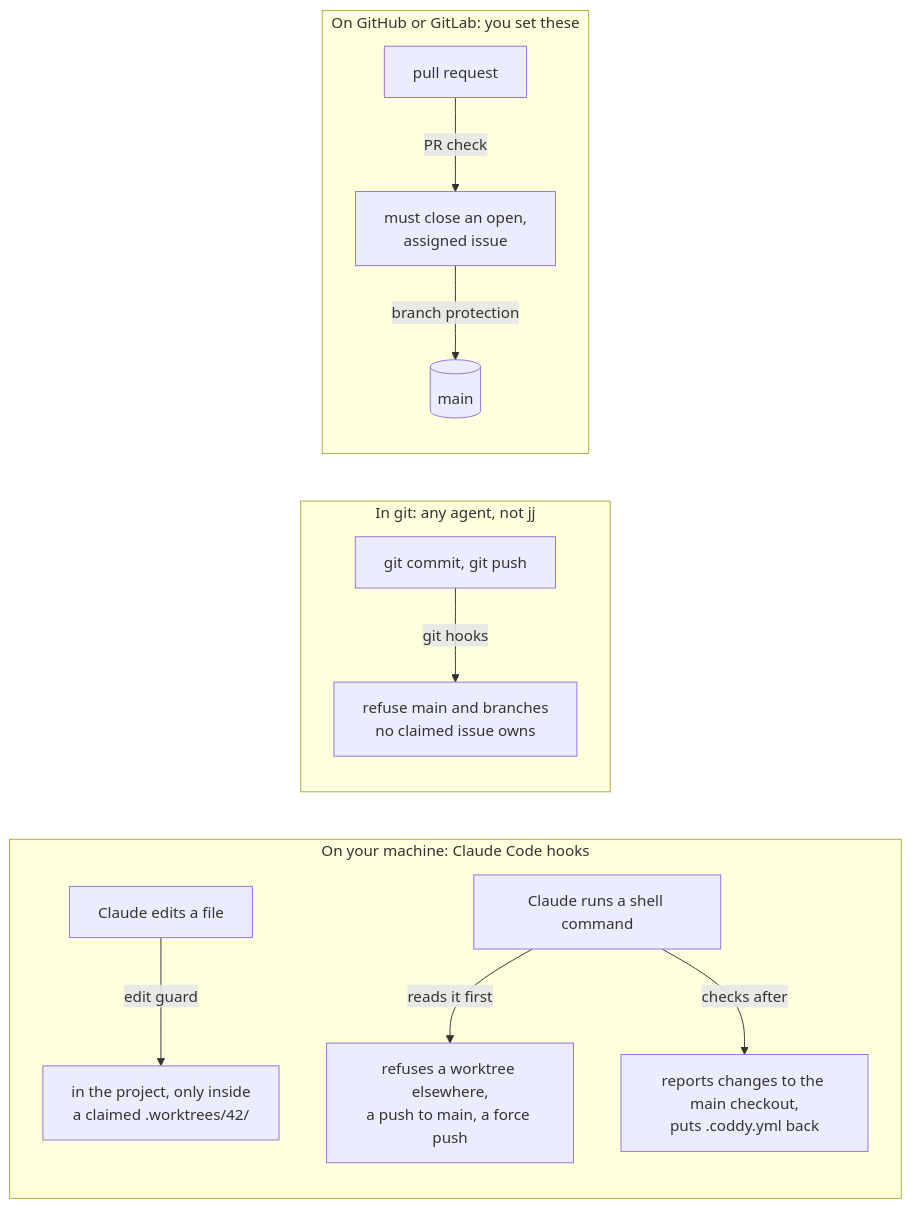
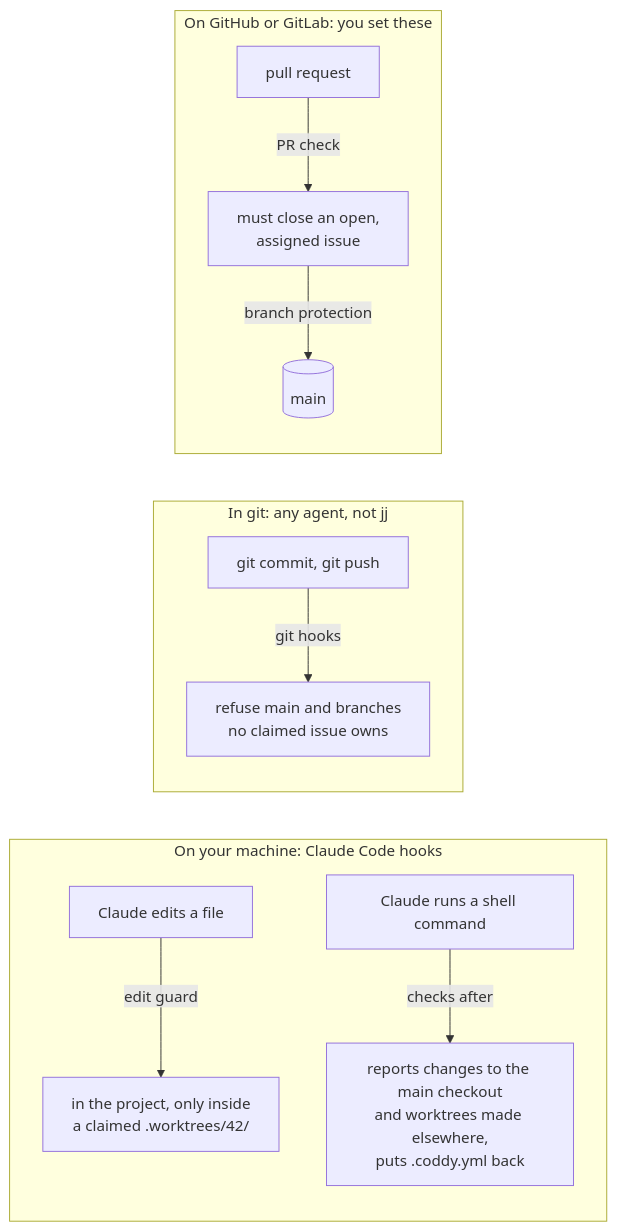
The diagram in docs/enforcement.md (mnsami/coddy), drawn with Mermaid before and after one commit. The commit also changed other lines of this file and 3 other files, not shown here.

Commit message:
chore: say what holds a push and a stray worktree once snap reads no command (#261)

````diff
--- a/docs/enforcement.md
+++ b/docs/enforcement.md
@@ -6,17 +6,14 @@
 ```mermaid
 flowchart LR
   subgraph L["On your machine: Claude Code hooks"]
     e["Claude edits a file"] -->|edit guard| e2["in the project, only inside<br/>a claimed .worktrees/42/"]
-    s["Claude runs a shell command"]
-    s2["refuses a worktree elsewhere,<br/>a push to main, a force push"]
-    s -->|reads it first| s2
-    s -->|checks after| s3["reports changes to the main checkout,<br/>puts .coddy.yml back"]
+    s["Claude runs a shell command"] -->|checks after| s3["reports changes to the main checkout<br/>and worktrees made elsewhere,<br/>puts .coddy.yml back"]
   end
   subgraph G["In git: any agent, not jj"]
     c["git commit, git push"] -->|git hooks| c2["refuse main and branches<br/>no claimed issue owns"]
   end
   subgraph R["On GitHub or GitLab: you set these"]
     p["pull request"] -->|PR check| p2["must close an open,<br/>assigned issue"]
     p2 -->|branch protection| m[("main")]
   end
 ```
````
